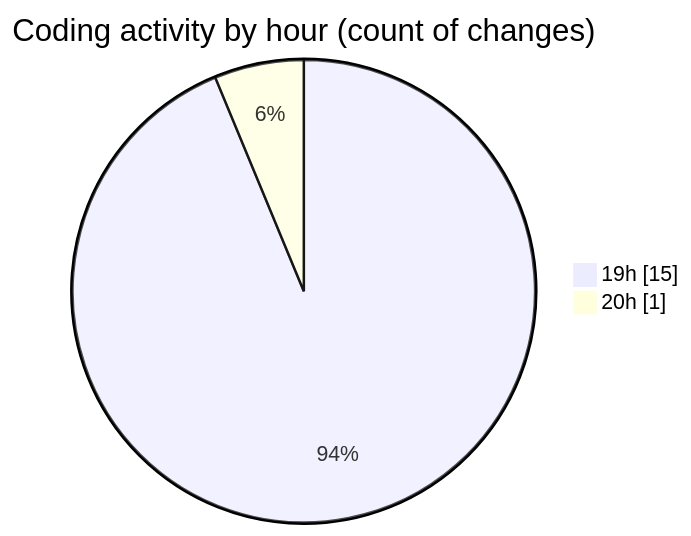
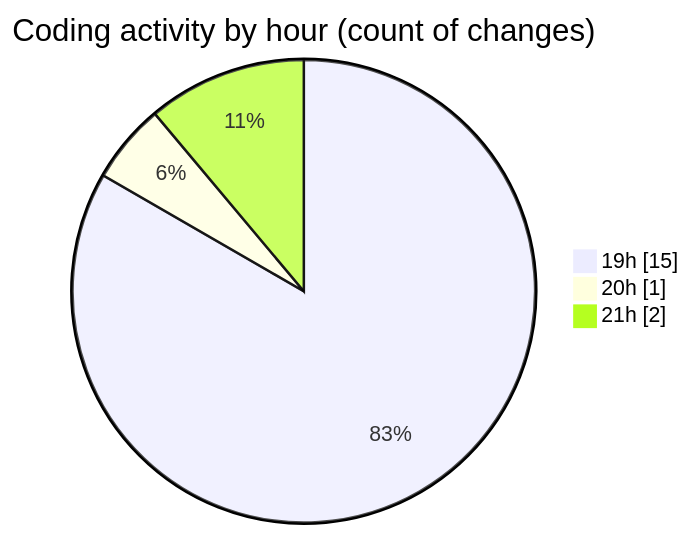
The second of 2 diagrams in 2025-06-20/archive/README.md (JenPaints/code-tracking), drawn with Mermaid before and after one commit. The commit also changed other lines of this file and 1 other file, not shown here.

````diff
--- a/2025-06-20/archive/README.md
+++ b/2025-06-20/archive/README.md
@@ -43,6 +43,7 @@
 ```mermaid
 pie showData
 title Coding activity by hour (count of changes)
 "19h" : 15
 "20h" : 1
+"21h" : 2
 ```
````
